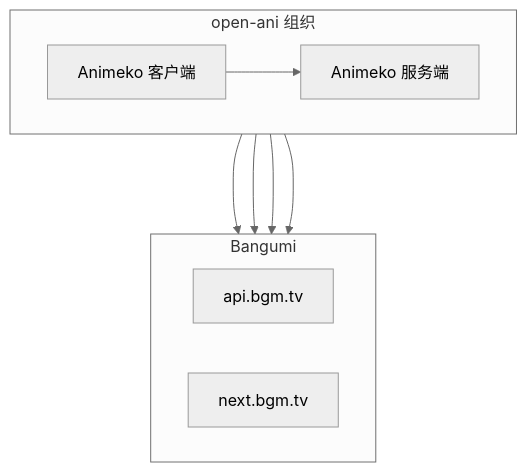
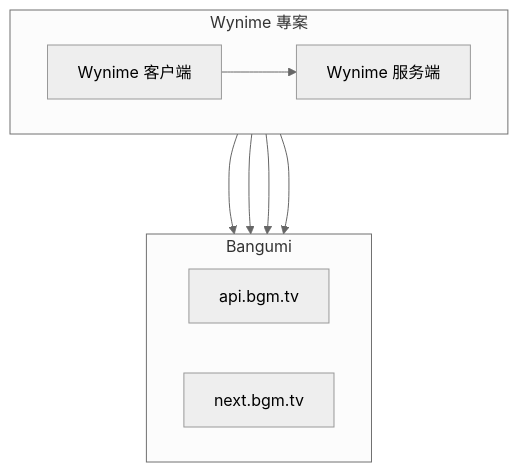
Before and after one commit to william12233/Wynime: the first of 2 diagrams in docs/contributing/architecture.md, drawn with Mermaid (neutral theme). The commit also changed other lines of this file and 159 other files, not shown here.

Commit message:
feat: brand app as Wynime and prepare 0.1 release

````diff
--- a/docs/contributing/architecture.md
+++ b/docs/contributing/architecture.md
@@ -31,20 +31,20 @@
 ```mermaid
 flowchart TD
-    subgraph "open-ani 组织"
+    subgraph "Wynime 專案"
         direction LR
-        APP[Animeko 客户端]
-        ani-server[Animeko 服务端]
+        APP[Wynime 客户端]
+        Wynime-server[Wynime 服务端]
     end
 
     subgraph "Bangumi"
         direction LR
         bangumi-api[api.bgm.tv]
         bangumi-next[next.bgm.tv]
     end
 
     APP ---> bangumi-api
-    ani-server --> bangumi-next
+    Wynime-server --> bangumi-next
     APP ---> bangumi-next
-    APP --> ani-server
-    ani-server --> bangumi-api
+    APP --> Wynime-server
+    Wynime-server --> bangumi-api
 ```
````
